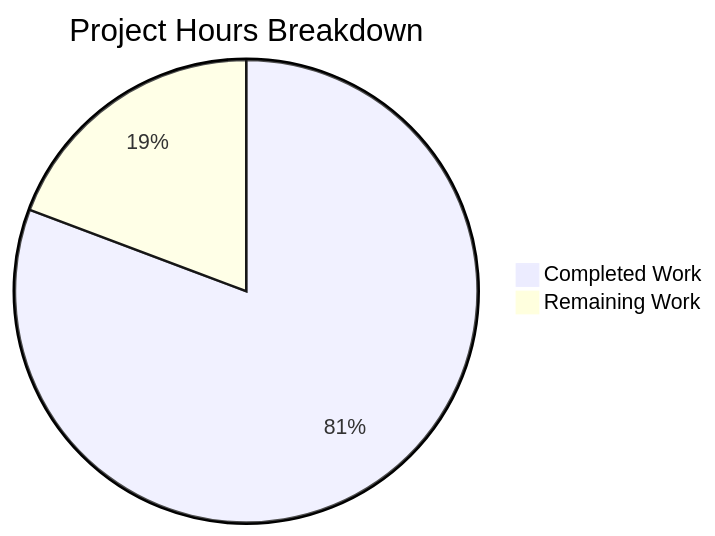
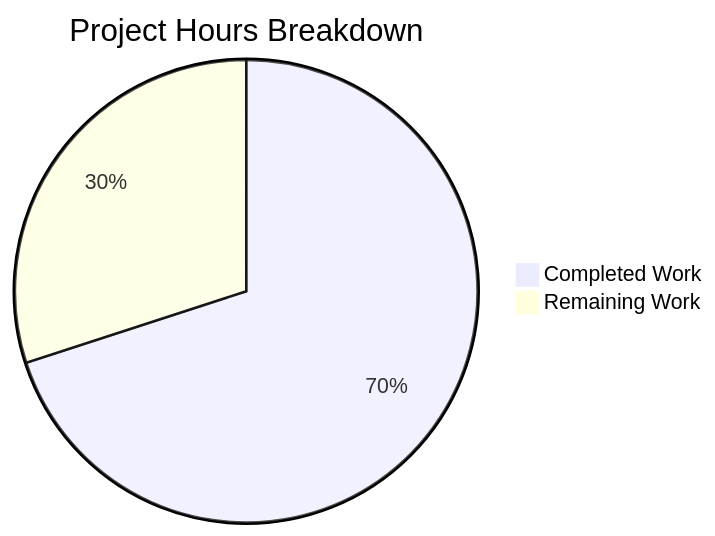
One commit to shaliniblitzy/6thaprilone changed the second of 2 diagrams in blitzy/documentation/Project Guide.md. Above: the diagram before and after it, drawn with Mermaid. The commit also changed other lines of this file, not shown here.

Commit message:
Adding Blitzy Project Guide: Project Status and Human Tasks Remaining

````diff
--- a/blitzy/documentation/Project Guide.md
+++ b/blitzy/documentation/Project Guide.md
@@ -195,5 +182,5 @@
 ```mermaid
 pie title Project Hours Breakdown
-    "Completed Work" : 67
-    "Remaining Work" : 16
+    "Completed Work" : 3.5
+    "Remaining Work" : 1.5
 ```
````
